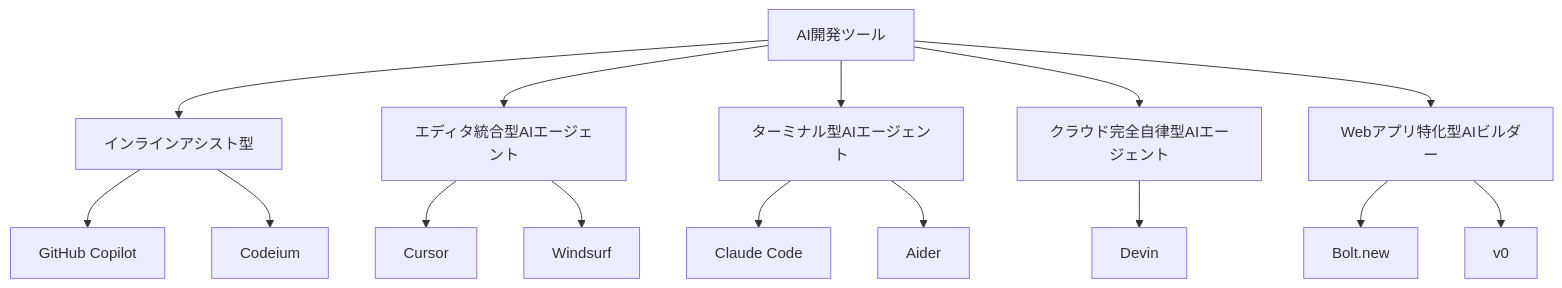
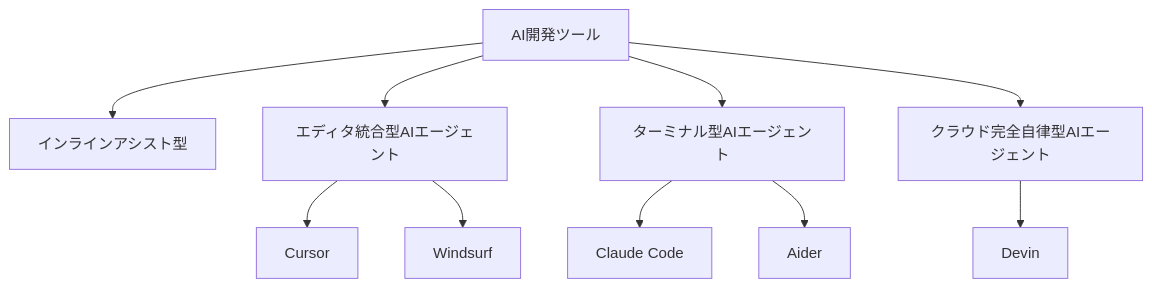
Before and after one commit to cyber-freaks-jp/AI_Driven_Development_Course: the diagram in book/pages/主要なAI開発ツールとおすすめのエディタ.md, drawn with Mermaid. The commit also changed other lines of this file and 2 other files, not shown here.

````diff
--- a/book/pages/主要なAI開発ツールとおすすめのエディタ.md
+++ b/book/pages/主要なAI開発ツールとおすすめのエディタ.md
@@ -75,22 +75,15 @@
 ```mermaid
 graph TD
     A[AI開発ツール] --> B[インラインアシスト型]
     A --> C[エディタ統合型AIエージェント]
     A --> D[ターミナル型AIエージェント]
     A --> E[クラウド完全自律型AIエージェント]
-    A --> F[Webアプリ特化型AIビルダー]
-
-    B --> B1[GitHub Copilot]
-    B --> B2[Codeium]
 
     C --> C1[Cursor]
     C --> C2[Windsurf]
 
     D --> D1[Claude Code]
     D --> D2[Aider]
 
     E --> E1[Devin]
-
-    F --> F1[Bolt.new]
-    F --> F2[v0]
 ```
````
